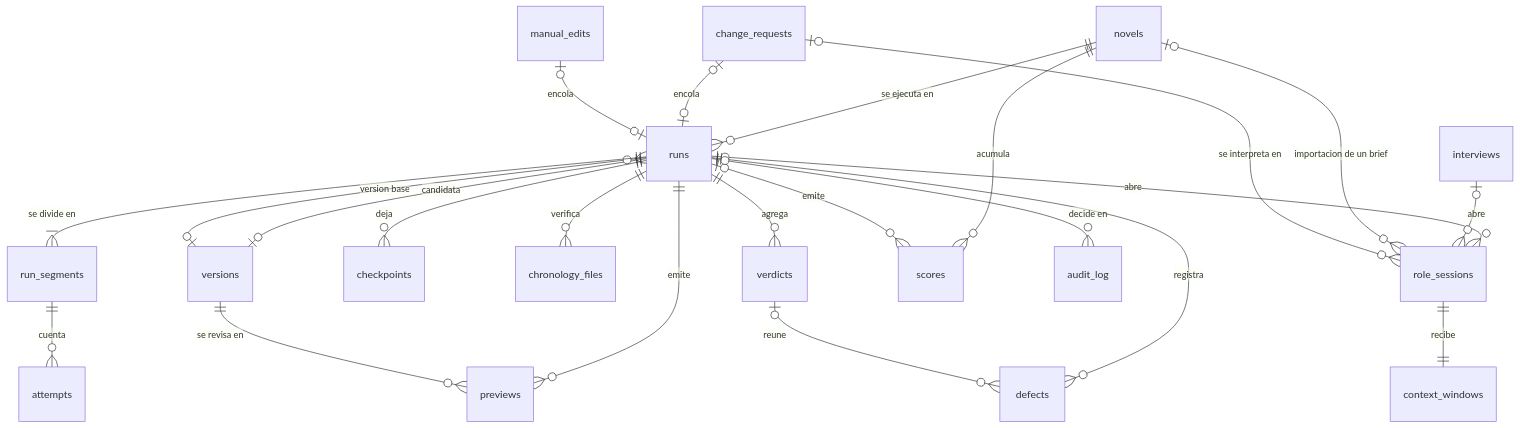
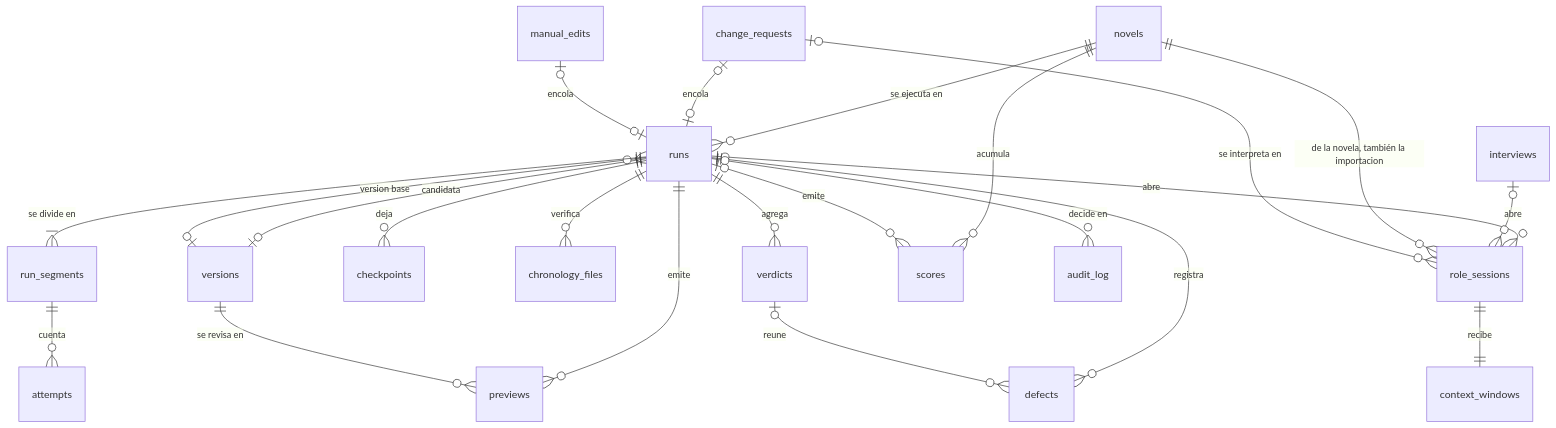
The tenth of 10 diagrams in docs/architecture.md (JNico-rb/story-maker), drawn with Mermaid before and after one commit. The commit also changed other lines of this file and 15 other files, not shown here.

````diff
--- a/docs/architecture.md
+++ b/docs/architecture.md
@@ -1473,25 +1487,25 @@
 ```mermaid
 erDiagram
     novels ||--o{ runs : "se ejecuta en"
     runs ||--o| versions : candidata
     runs }o--o| versions : "version base"
     change_requests |o--o| runs : encola
     manual_edits |o--o| runs : encola
     runs ||--|{ run_segments : "se divide en"
     run_segments ||--o{ attempts : cuenta
     runs ||--o{ checkpoints : deja
     runs ||--o{ previews : emite
     versions ||--o{ previews : "se revisa en"
     runs ||--o{ chronology_files : verifica
     runs |o--o{ role_sessions : abre
     interviews |o--o{ role_sessions : abre
-    novels |o--o{ role_sessions : "importacion de un brief"
+    novels ||--o{ role_sessions : "de la novela, también la importacion"
     change_requests |o--o{ role_sessions : "se interpreta en"
     role_sessions ||--|| context_windows : recibe
     runs ||--o{ verdicts : agrega
     runs ||--o{ defects : registra
     verdicts |o--o{ defects : reune
     novels ||--o{ scores : acumula
     runs |o--o{ scores : emite
     runs |o--o{ audit_log : "decide en"
 ```
````
